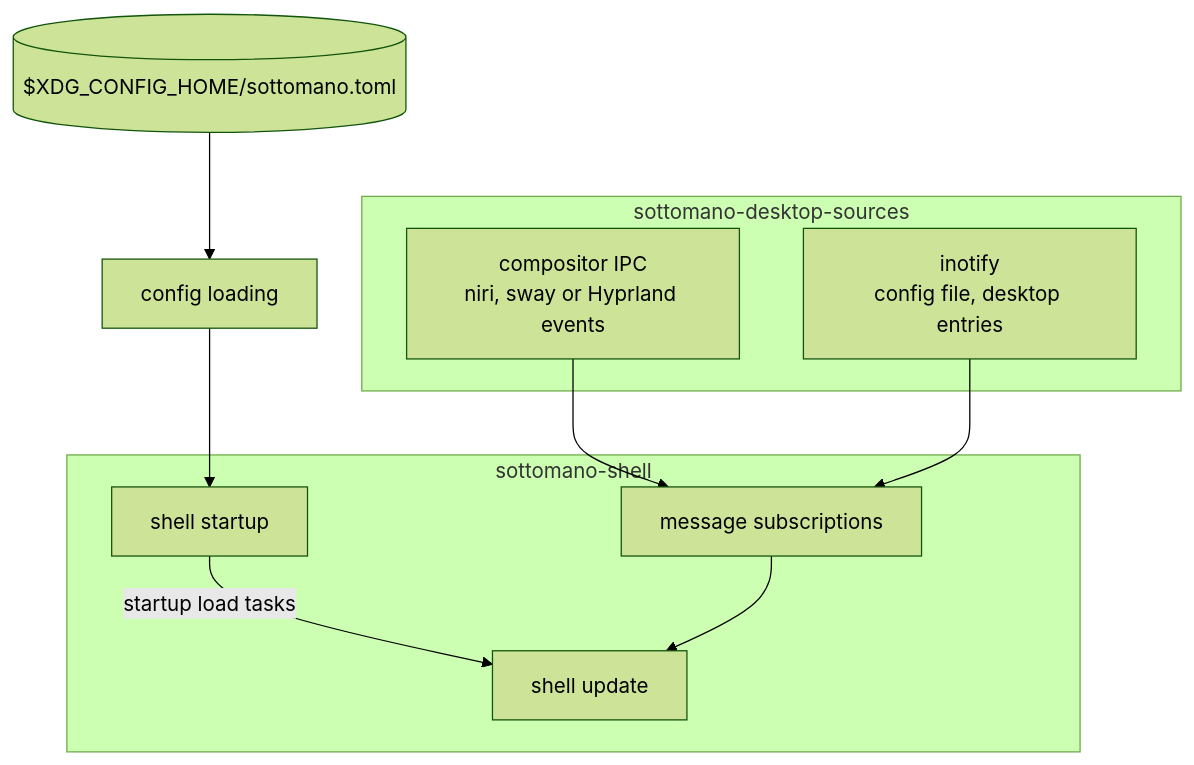
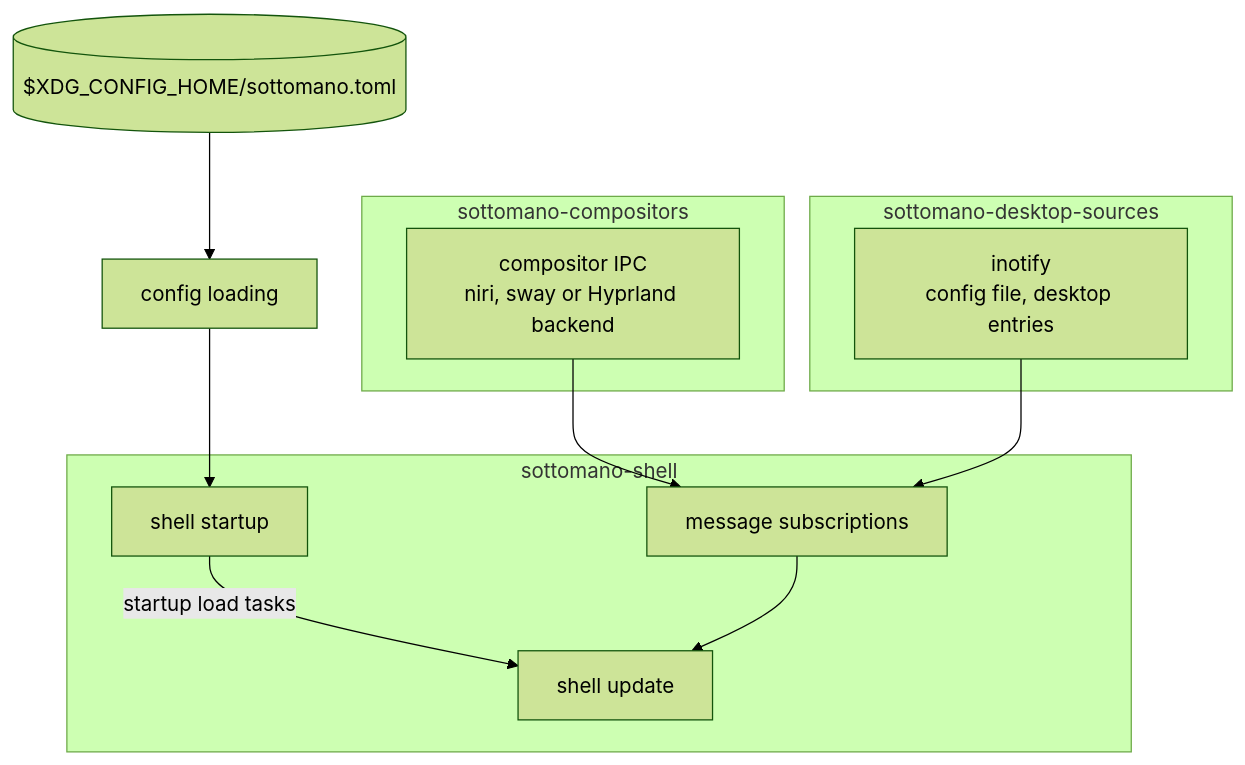
One commit to wvhulle/sottomano changed the first of 4 diagrams in docs/architecture.md. Above: the diagram before and after it, drawn with Mermaid (forest theme). The commit also changed other lines of this file and 127 other files, not shown here.

First line of the commit message:
refactor: each compositor lives in its own crate behind a CompositorBackend trait

````diff
--- a/docs/architecture.md
+++ b/docs/architecture.md
@@ -35,22 +47,25 @@
 ```mermaid
 flowchart TB
   config_file[("$XDG_CONFIG_HOME/sottomano.toml")]
   config_loading["config loading"]
   config_file --> config_loading
 
+  subgraph compositors_crate [sottomano-compositors]
+    compositor_events["compositor IPC<br>niri, sway or Hyprland backend"]
+  end
+
   subgraph sources_crate [sottomano-desktop-sources]
-    compositor_events["compositor IPC<br>niri, sway or Hyprland events"]
     file_watches["inotify<br>config file, desktop entries"]
   end
 
   subgraph shell_crate [sottomano-shell]
     shell_startup["shell startup"]
     message_subscriptions["message subscriptions"]
     shell_update["shell update"]
   end
 
   config_loading --> shell_startup
   shell_startup -->|startup load tasks| shell_update
   compositor_events & file_watches --> message_subscriptions
   message_subscriptions --> shell_update
 ```
````
